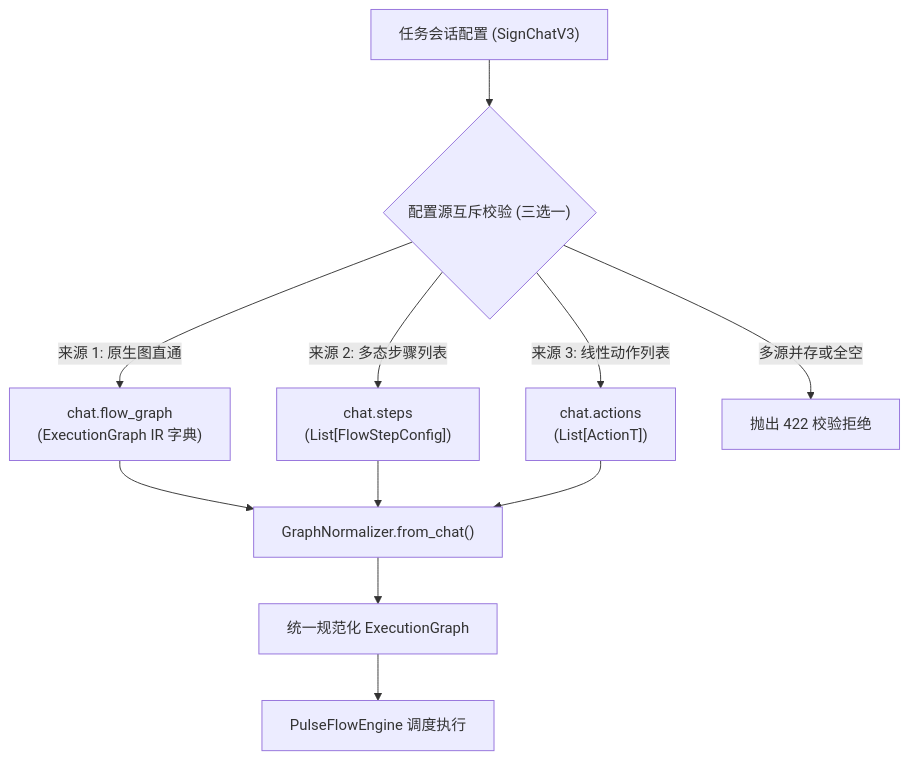
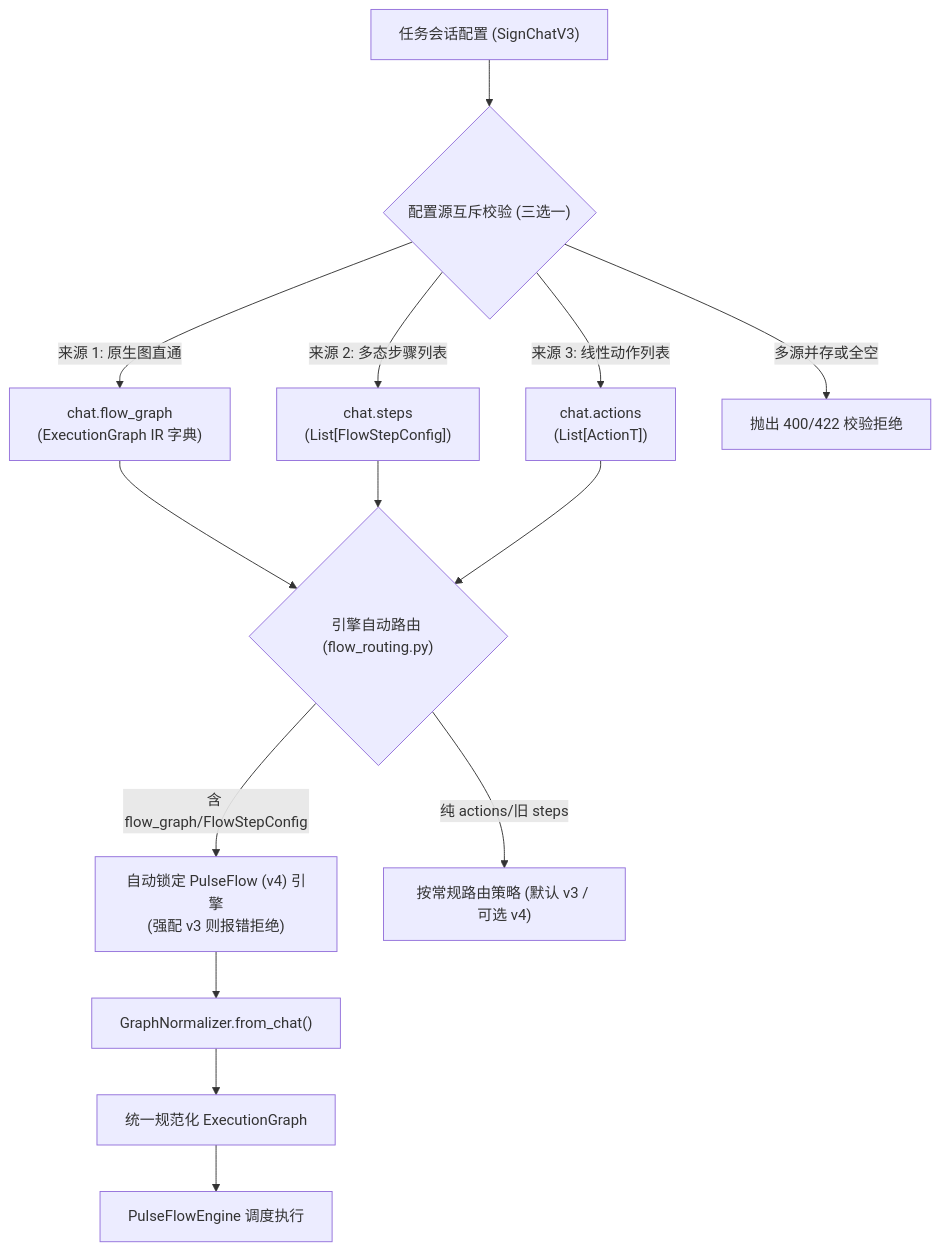
One commit to Silentely/TG-SignPulse changed the diagram in docs/superpowers/specs/2026-10-11-control-nodes-configuration-design.md. Above: the diagram before and after it, drawn with Mermaid. The commit also changed other lines of this file and 1 other file, not shown here.

````diff
--- a/docs/superpowers/specs/2026-10-11-control-nodes-configuration-design.md
+++ b/docs/superpowers/specs/2026-10-11-control-nodes-configuration-design.md
@@ -16,15 +16,19 @@
 ```mermaid
 flowchart TD
     Input["任务会话配置 (SignChatV3)"] --> Exclusivity{"配置源互斥校验 (三选一)"}
     Exclusivity -->|"来源 1: 原生图直通"| NativeIR["chat.flow_graph<br/>(ExecutionGraph IR 字典)"]
     Exclusivity -->|"来源 2: 多态步骤列表"| PolySteps["chat.steps<br/>(List[FlowStepConfig])"]
     Exclusivity -->|"来源 3: 线性动作列表"| LegacyActions["chat.actions<br/>(List[ActionT])"]
-    Exclusivity -->|"多源并存或全空"| Reject["抛出 422 校验拒绝"]
+    Exclusivity -->|"多源并存或全空"| Reject["抛出 400/422 校验拒绝"]
 
-    NativeIR --> Normalizer["GraphNormalizer.from_chat()"]
-    PolySteps --> Normalizer
-    LegacyActions --> Normalizer
+    NativeIR --> Routing{"引擎自动路由 (flow_routing.py)"}
+    PolySteps --> Routing
+    LegacyActions --> Routing
 
+    Routing -->|"含 flow_graph/FlowStepConfig"| AutoV4["自动锁定 PulseFlow (v4) 引擎<br/>(强配 v3 则报错拒绝)"]
+    Routing -->|"纯 actions/旧 steps"| LegacyEngine["按常规路由策略 (默认 v3 / 可选 v4)"]
+
+    AutoV4 --> Normalizer["GraphNormalizer.from_chat()"]
     Normalizer --> OutputGraph["统一规范化 ExecutionGraph"]
     OutputGraph --> Engine["PulseFlowEngine 调度执行"]
 ```
````
